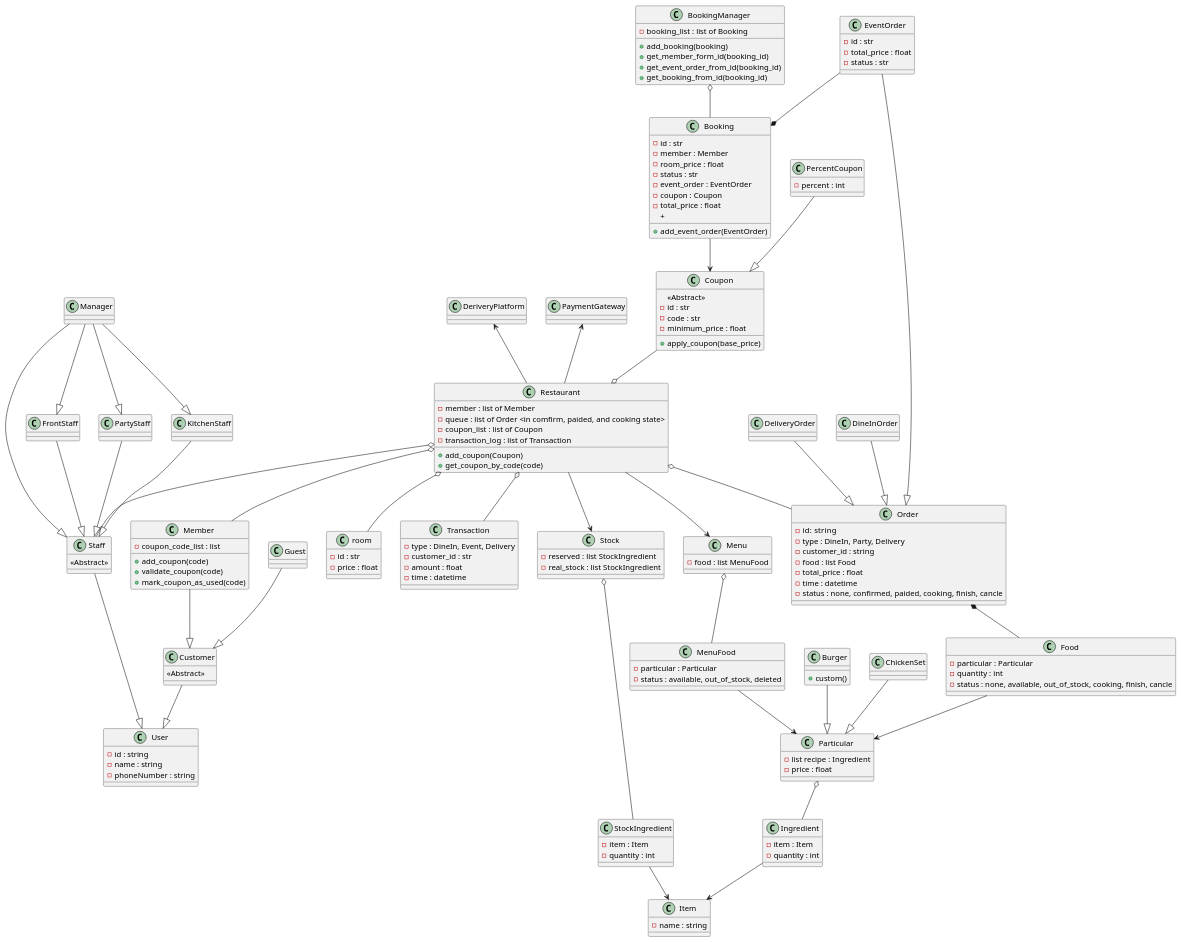
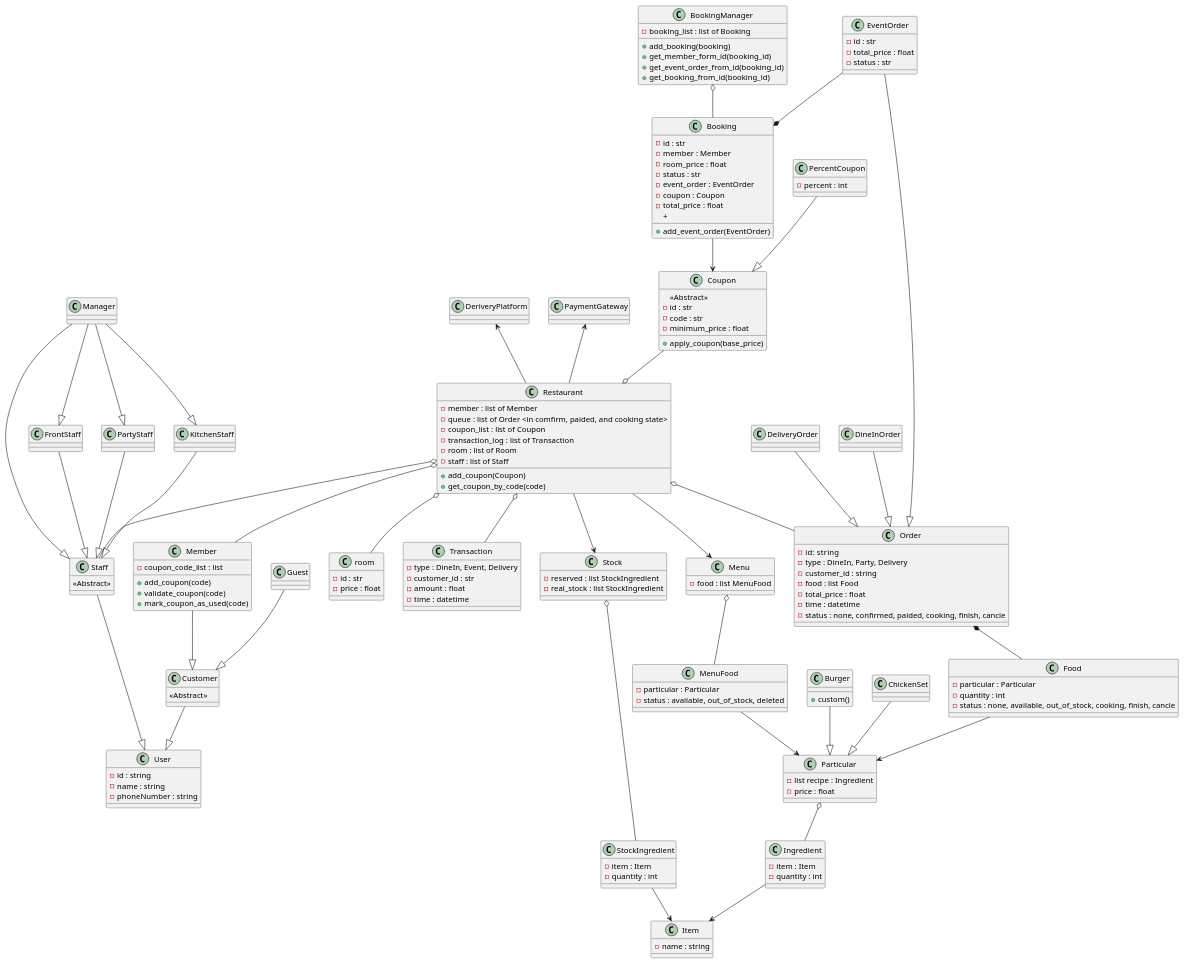
The diagram in shared/doc/class_diagram.puml (twrrippy/knight-chicken-oop), drawn with PlantUML before and after one commit.

Commit message:
Add room and staff attributes to restaurant class

```diff
--- a/shared/doc/class_diagram.puml
+++ b/shared/doc/class_diagram.puml
@@ -1,194 +1,196 @@
 @startuml ClassDiagram
 
 class Restaurant{
     - member : list of Member
     - queue : list of Order <in comfirm, paided, and cooking state>
     - coupon_list : list of Coupon
     - transaction_log : list of Transaction
+    - room : list of Room
+    - staff : list of Staff
     + add_coupon(Coupon)
     + get_coupon_by_code(code)
 }
 Customer --|> User
 Staff --|> User
 class User{
     -id : string
     -name : string
     -phoneNumber : string
 }
 Restaurant o-- Member
 Member--|>Customer
 Guest--|>Customer
 class Customer {
     <<Abstract>>
 }
 class Guest {
 
 }
 class Member{
     - coupon_code_list : list
     + add_coupon(code)
     + validate_coupon(code)
     + mark_coupon_as_used(code)
 }
 
 Restaurant o-- Staff
 FrontStaff--|>Staff
 PartyStaff--|>Staff
 KitchenStaff--|>Staff
 Manager--|>Staff
 Manager--|>FrontStaff
 Manager--|>PartyStaff
 Manager--|>KitchenStaff
 class Staff{
     <<Abstract>>
 }
 class FrontStaff{
     
 }
 class PartyStaff{
     
 }
 class KitchenStaff{
     
 }
 class Manager{
 
 }
 
 DineInOrder --|> Order
 EventOrder --|> Order
 DeliveryOrder --|> Order
 
 class DineInOrder{
     
 }
 class EventOrder{
     - id : str
     - total_price : float
     - status : str
 }
 class DeliveryOrder{
     
 }
 
 Restaurant o-- Order
 Order *-- Food
 Food --> Particular
 Particular o-- Ingredient
 Ingredient --> Item
 
 class Order{
     -id:  string
     -type : DineIn, Party, Delivery
     -customer_id : string
     -food : list Food
     -total_price : float
     -time : datetime
     -status : none, confirmed, paided, cooking, finish, cancle
 }
 class Food{
     -particular : Particular
     -quantity : int
     -status : none, available, out_of_stock, cooking, finish, cancle
 }
 class Particular{
     -list recipe : Ingredient
     -price : float
 }
 Burger --|> Particular
 ChickenSet --|> Particular
 class Burger{
     + custom()
 }
 class ChickenSet{
     
 }
 class Ingredient{
     -item : Item
     -quantity : int
 }
 class Item{
     -name : string
 }
 
 Restaurant --> Menu
 Menu o-- MenuFood
 MenuFood --> Particular
 class Menu{
     - food : list MenuFood
 }
 class MenuFood{
     - particular : Particular
     - status : available, out_of_stock, deleted
 }
 
 Restaurant --> Stock
 class Stock{
     - reserved : list StockIngredient
     - real_stock : list StockIngredient
 }
 
 Stock o-- StockIngredient
 StockIngredient --> Item
 class StockIngredient{
     - item : Item
     - quantity : int
 }
 
 BookingManager o-- Booking
 Booking --> Coupon
 PercentCoupon --|> Coupon
 EventOrder --* Booking
 
 Coupon --o Restaurant
 class room{
     - id : str
     - price : float
 }
 Restaurant o-- room
 class BookingManager{
     - booking_list : list of Booking
     + add_booking(booking)
     + get_member_form_id(booking_id)
     + get_event_order_from_id(booking_id)
     + get_booking_from_id(booking_id)
 }
 class Booking{
     - id : str
     - member : Member
     - room_price : float
     - status : str
     - event_order : EventOrder
     - coupon : Coupon
     - total_price : float
     + add_event_order(EventOrder)
     +
 }
 class Coupon{
     <<Abstract>>
     - id : str
     - code : str
     - minimum_price : float
     + apply_coupon(base_price)
 }
 class PercentCoupon{
     - percent : int
 }
 DeriveryPlatform <-- Restaurant
 class DeriveryPlatform{
 
 }
 PaymentGateway <-- Restaurant
 class PaymentGateway{
 
 }
 
 Restaurant o-- Transaction
 class Transaction{
     - type : DineIn, Event, Delivery
     - customer_id : str
     - amount : float
     - time : datetime
 }
 
 @enduml
```
